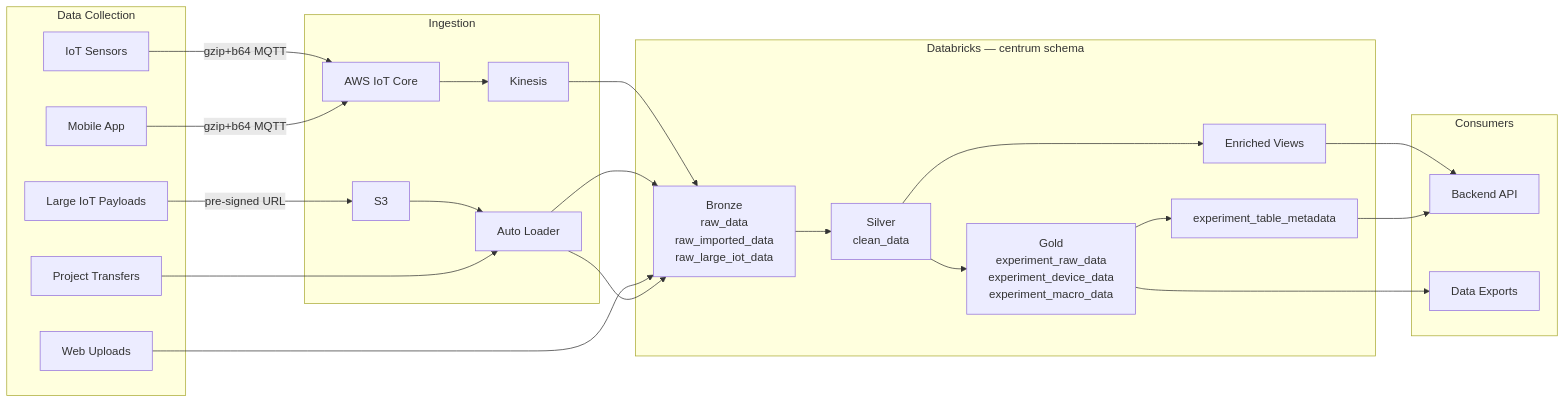
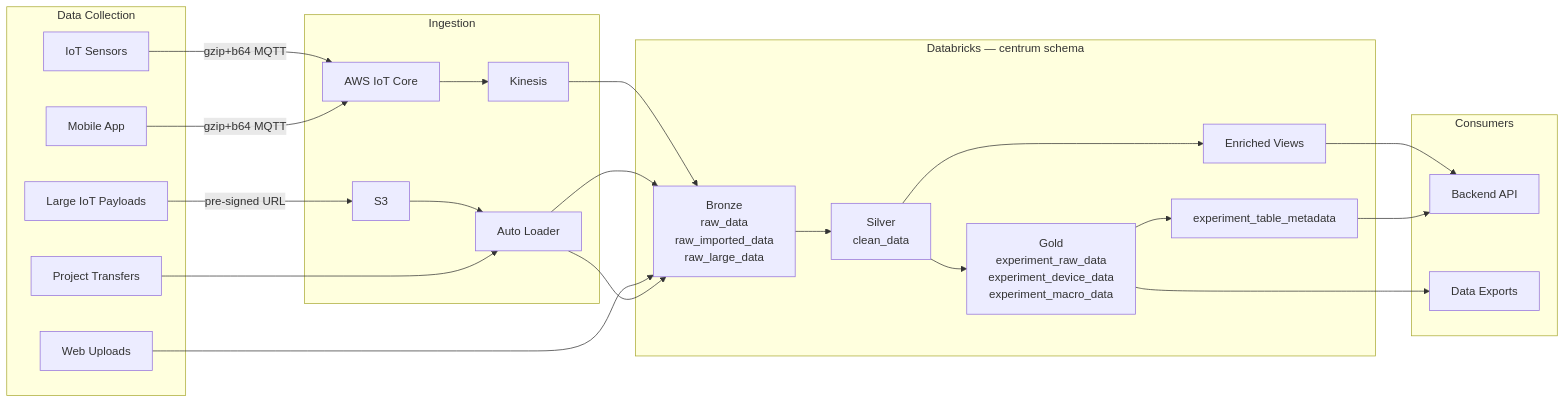
The diagram in apps/docs/docs/006-for-developers/001-developers-guide/system-architecture-data-pipeline.md (Jan-IngenHousz-Institute/open-jii), drawn with Mermaid before and after one commit. The commit also changed other lines of this file and 1 other file, not shown here.

Commit message:
chore(data,docs): rename large IoT bronze table to raw_large_data

````diff
--- a/apps/docs/docs/006-for-developers/001-developers-guide/system-architecture-data-pipeline.md
+++ b/apps/docs/docs/006-for-developers/001-developers-guide/system-architecture-data-pipeline.md
@@ -68,44 +68,44 @@
 ```mermaid
 graph LR
 subgraph "Data Collection"
 S[IoT Sensors]
 M[Mobile App]
 W[Web Uploads]
 T[Project Transfers]
 L[Large IoT Payloads]
 end
 
 subgraph "Ingestion"
 MQTT[AWS IoT Core]
 K[Kinesis]
 S3L[S3]
 AL[Auto Loader]
 end
 
 subgraph "Databricks — centrum schema"
-B["Bronze<br/>raw_data<br/>raw_imported_data<br/>raw_large_iot_data"]
+B["Bronze<br/>raw_data<br/>raw_imported_data<br/>raw_large_data"]
 SV["Silver<br/>clean_data"]
 G["Gold<br/>experiment_raw_data<br/>experiment_device_data<br/>experiment_macro_data"]
 EV["Enriched Views"]
 META["experiment_table_metadata"]
 end
 
 subgraph "Consumers"
 API[Backend API]
 EXP[Data Exports]
 end
 
 S -->|"gzip+b64 MQTT"| MQTT
 M -->|"gzip+b64 MQTT"| MQTT
 MQTT --> K --> B
 L -->|"pre-signed URL"| S3L
 S3L --> AL --> B
 W --> B
 T --> AL --> B
 B --> SV --> G
 SV --> EV
 G --> META
 EV --> API
 META --> API
 G --> EXP
 ```
````
